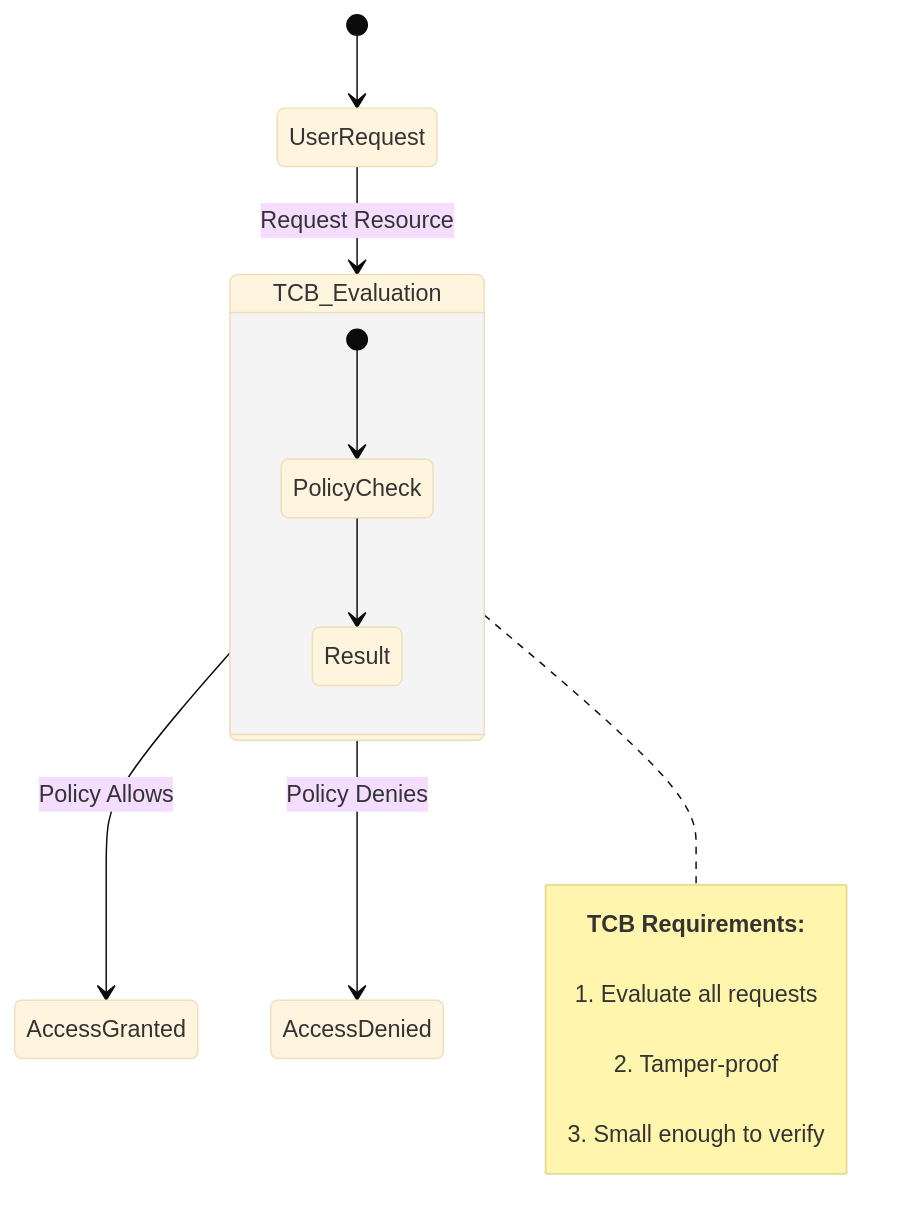
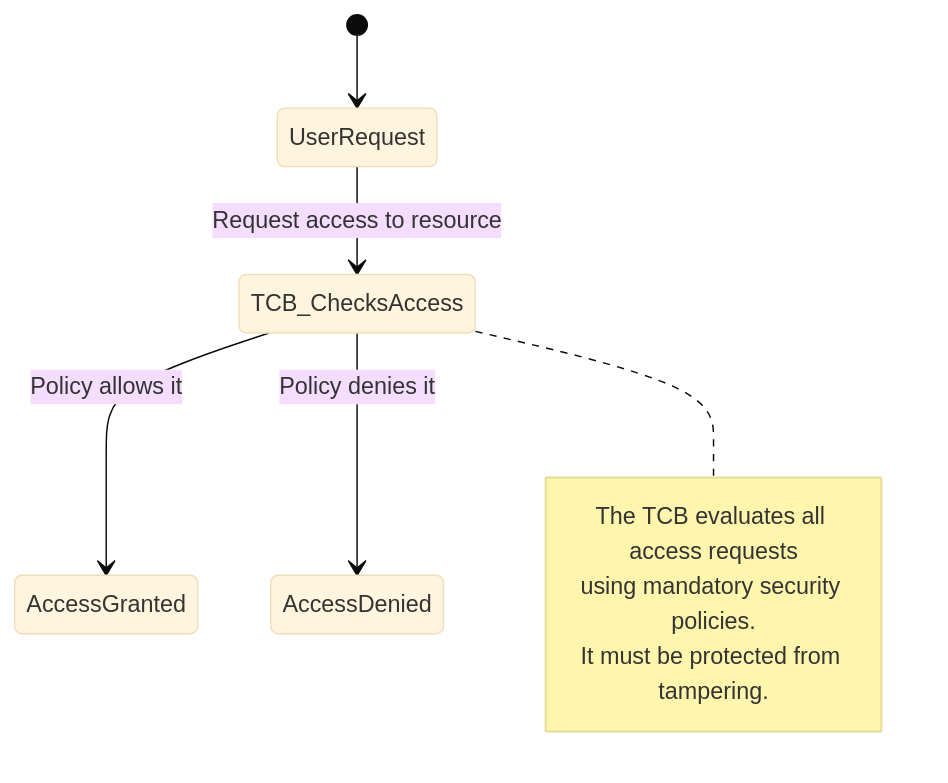
Before and after one commit to lorenzoleonelli/CISSP-Zero-to-Hero: the first of 15 diagrams in DOMAIN3: Security Architecture and Engineering/3.02 Understand the fundamental concepts of security models (e.g. Biba, Star Model, Bell Lapadula).md, drawn with Mermaid (base theme). The commit also changed other lines of this file, not shown here.

Commit message:
Update 3.02 Understand the fundamental concepts of security models (e.g. Biba, Star Model, Bell Lapadula).md

````diff
--- a/DOMAIN3: Security Architecture and Engineering/3.02 Understand the fundamental concepts of security models (e.g. Biba, Star Model, Bell Lapadula).md
+++ b/DOMAIN3: Security Architecture and Engineering/3.02 Understand the fundamental concepts of security models (e.g. Biba, Star Model, Bell Lapadula).md
@@ -10,22 +10,16 @@
 ```mermaid
 stateDiagram-v2
     [*] --> UserRequest
-    
-    UserRequest --> TCB_Evaluation : Request Resource
-    
-    state TCB_Evaluation {
-        direction TB
-        [*] --> PolicyCheck
-        PolicyCheck --> Result
-    }
 
-    TCB_Evaluation --> AccessGranted : Policy Allows
-    TCB_Evaluation --> AccessDenied : Policy Denies
+    UserRequest --> TCB_ChecksAccess : Request access to resource
+    TCB_ChecksAccess --> AccessGranted : Policy allows it
+    TCB_ChecksAccess --> AccessDenied : Policy denies it
 
-    note right of TCB_Evaluation
-        <b>TCB Requirements:</b>
-        <br/>1. Evaluate all requests
-        <br/>2. Tamper-proof
-        <br/>3. Small enough to verify
+    note right of TCB_ChecksAccess
+      The TCB evaluates all access requests
+      using mandatory security policies.
+      It must be protected from tampering.
     end note
+
+
 ```
````
